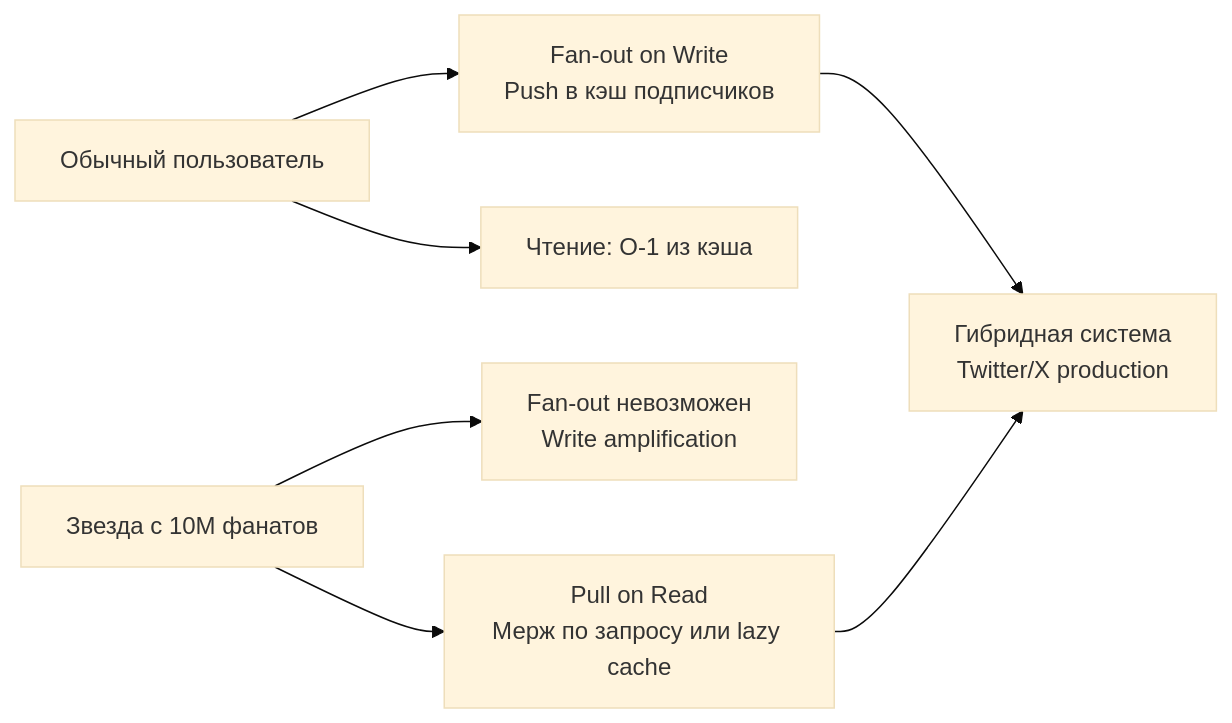
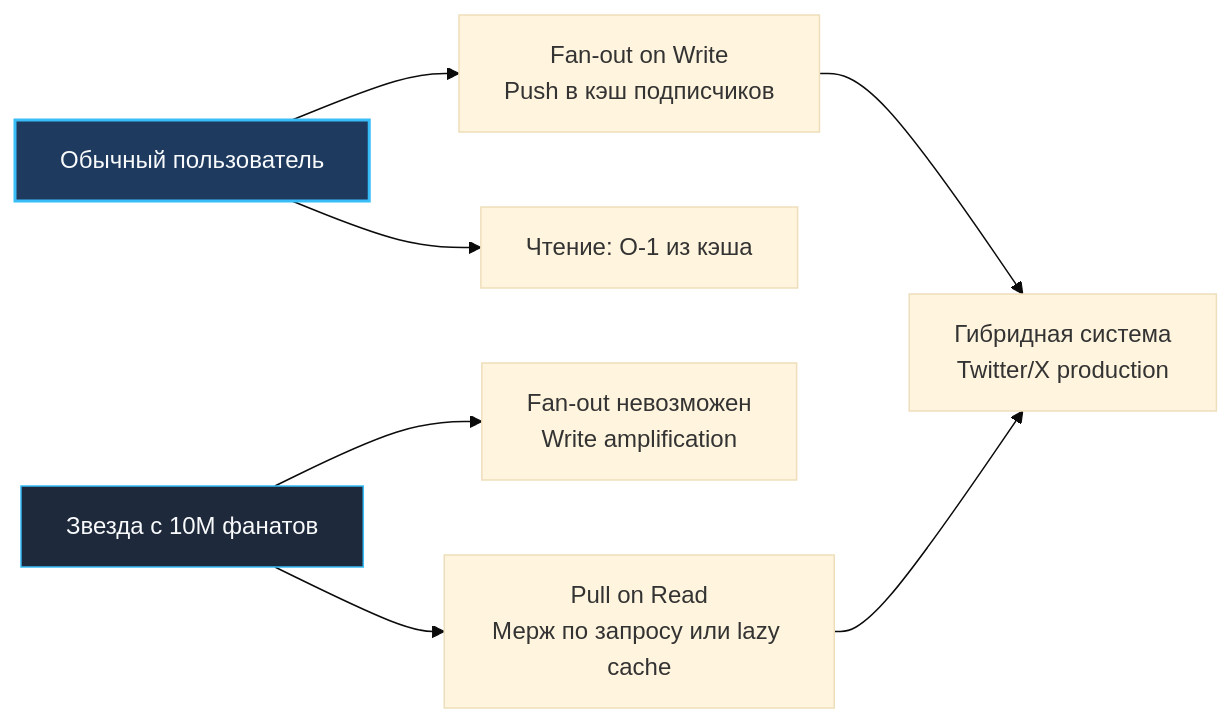
The second of 2 diagrams in sources/21. Задачи с LeetCode и собеседований на Go/02. Задачи/26. Design задачи и структуры данных/6. Design Twitter.md (UnrealTemplier/go-textbook), drawn with Mermaid (base theme) before and after one commit. The commit also changed other lines of this file and 1666 other files, not shown here.

First line of the commit message:
feat(mermaid): add semantic color classDef to 1369 colorless flowchart/graph diagrams

````diff
--- a/sources/21. Задачи с LeetCode и собеседований на Go/02. Задачи/26. Design задачи и структуры данных/6. Design Twitter.md
+++ b/sources/21. Задачи с LeetCode и собеседований на Go/02. Задачи/26. Design задачи и структуры данных/6. Design Twitter.md
@@ -211,9 +221,19 @@
 ```mermaid
 flowchart LR
-  A["Обычный пользователь"] --> B["Fan-out on Write<br>Push в кэш подписчиков"]
+    classDef process  fill:#1e293b,stroke:#38bdf8,stroke-width:1px,color:#f8fafc
+    classDef success  fill:#064e3b,stroke:#34d399,stroke-width:1px,color:#f8fafc
+    classDef error    fill:#7f1d1d,stroke:#f87171,stroke-width:1px,color:#f8fafc
+    classDef warning  fill:#78350f,stroke:#fbbf24,stroke-width:1px,color:#f8fafc
+    classDef entry    fill:#1e3a5f,stroke:#38bdf8,stroke-width:2px,color:#f8fafc
+    classDef aux      fill:#334155,stroke:#64748b,stroke-width:1px,color:#f8fafc
+    classDef system   fill:#312e81,stroke:#a78bfa,stroke-width:1px,color:#f8fafc
+    classDef data     fill:#132d29,stroke:#2dd4bf,stroke-width:1px,color:#f8fafc
+    classDef network  fill:#881337,stroke:#fb7185,stroke-width:1px,color:#f8fafc
+    classDef accent   fill:#1e1b4b,stroke:#818cf8,stroke-width:1px,color:#f8fafc
+  A["Обычный пользователь"]:::entry --> B["Fan-out on Write<br>Push в кэш подписчиков"]
   A --> C["Чтение: O-1 из кэша"]
-  D["Звезда с 10M фанатов"] --> E["Fan-out невозможен<br>Write amplification"]
+  D["Звезда с 10M фанатов"]:::process --> E["Fan-out невозможен<br>Write amplification"]
   D --> F["Pull on Read<br>Мерж по запросу или lazy cache"]
   B --> G["Гибридная система<br>Twitter/X production"]
   F --> G
 ```
````
